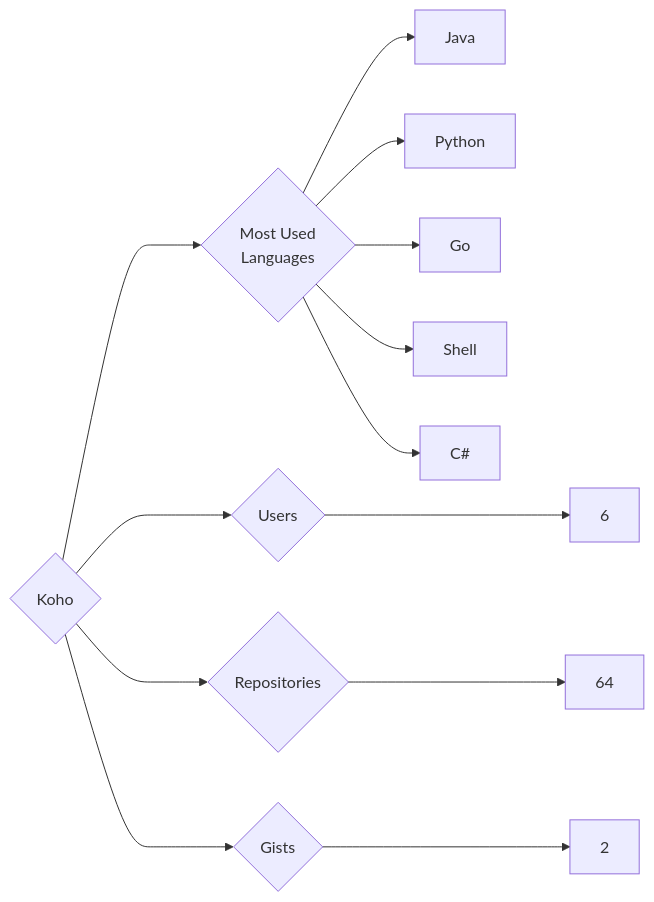
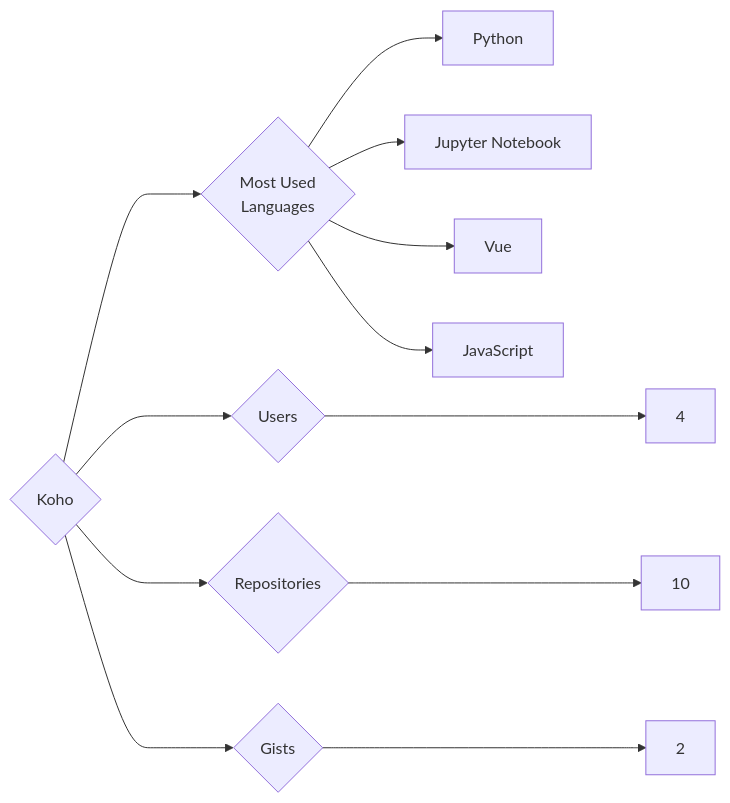
One commit to trickest/insiders changed the diagram in targets/Koho/README.md. Above: the diagram before and after it, drawn with Mermaid. The commit also changed 1314 other files, not shown here.

````diff
--- a/targets/Koho/README.md
+++ b/targets/Koho/README.md
@@ -3,13 +3,12 @@
 ```mermaid
 graph LR
 COMPANY_NAME{Koho}
-COMPANY_NAME ---> U{Users} ---> UN[6]
-COMPANY_NAME ---> R{Repositories} ---> RN[64]
+COMPANY_NAME ---> U{Users} ---> UN[4]
+COMPANY_NAME ---> R{Repositories} ---> RN[10]
 COMPANY_NAME ---> G{Gists} ---> GN[2]
 COMPANY_NAME ---> ML{Most Used<br>Languages}
-ML --> Java[Java]
 ML --> Python[Python]
-ML --> Go[Go]
-ML --> Shell[Shell]
-ML --> C#[C#]
+ML --> Jupyter_Notebook[Jupyter Notebook]
+ML --> Vue[Vue]
+ML --> JavaScript[JavaScript]
 ```
````
